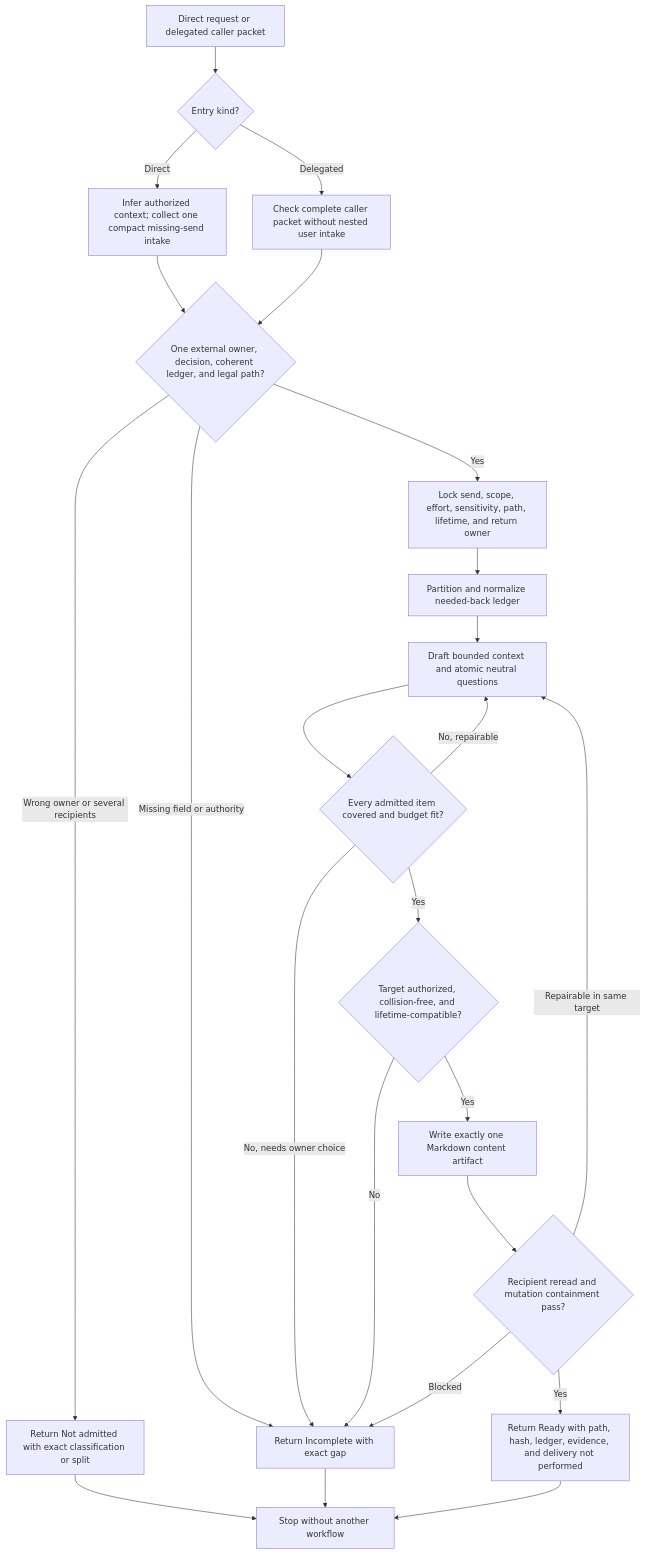
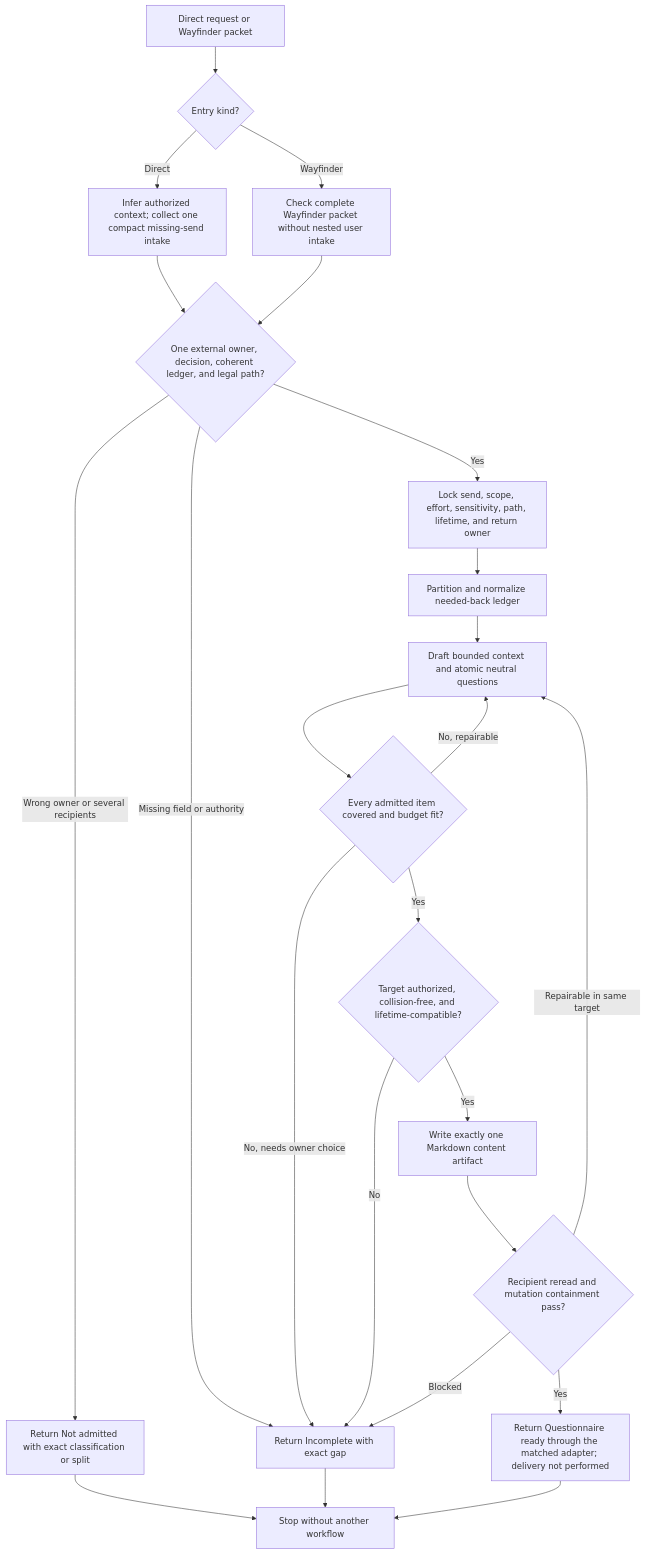
Before and after one commit to stevennitesh/programming-agent-skills: the diagram in docs/synthesis/skills/to-questionnaire.md, drawn with Mermaid. The commit also changed other lines of this file and 48 other files, not shown here.

````diff
--- a/docs/synthesis/skills/to-questionnaire.md
+++ b/docs/synthesis/skills/to-questionnaire.md
@@ -125,26 +126,26 @@
 ```mermaid
 flowchart TB
-    START["Direct request or delegated caller packet"] --> ENTRY{"Entry kind?"}
+    START["Direct request or Wayfinder packet"] --> ENTRY{"Entry kind?"}
     ENTRY -->|Direct| INFER["Infer authorized context; collect one compact missing-send intake"]
-    ENTRY -->|Delegated| PACKET["Check complete caller packet without nested user intake"]
+    ENTRY -->|Wayfinder| PACKET["Check complete Wayfinder packet without nested user intake"]
     INFER --> ADMIT{"One external owner, decision, coherent ledger, and legal path?"}
     PACKET --> ADMIT
     ADMIT -->|Wrong owner or several recipients| NO["Return Not admitted with exact classification or split"]
     ADMIT -->|Missing field or authority| INC["Return Incomplete with exact gap"]
     ADMIT -->|Yes| LOCK["Lock send, scope, effort, sensitivity, path, lifetime, and return owner"]
     LOCK --> GAP["Partition and normalize needed-back ledger"]
     GAP --> DRAFT["Draft bounded context and atomic neutral questions"]
     DRAFT --> COVER{"Every admitted item covered and budget fit?"}
     COVER -->|No, repairable| DRAFT
     COVER -->|No, needs owner choice| INC
     COVER -->|Yes| PREFLIGHT{"Target authorized, collision-free, and lifetime-compatible?"}
     PREFLIGHT -->|No| INC
     PREFLIGHT -->|Yes| SAVE["Write exactly one Markdown content artifact"]
     SAVE --> VERIFY{"Recipient reread and mutation containment pass?"}
     VERIFY -->|Repairable in same target| DRAFT
     VERIFY -->|Blocked| INC
-    VERIFY -->|Yes| READY["Return Ready with path, hash, ledger, evidence, and delivery not performed"]
+    VERIFY -->|Yes| READY["Return Questionnaire ready through the matched adapter; delivery not performed"]
     NO --> STOP["Stop without another workflow"]
     INC --> STOP
     READY --> STOP
 ```
````
